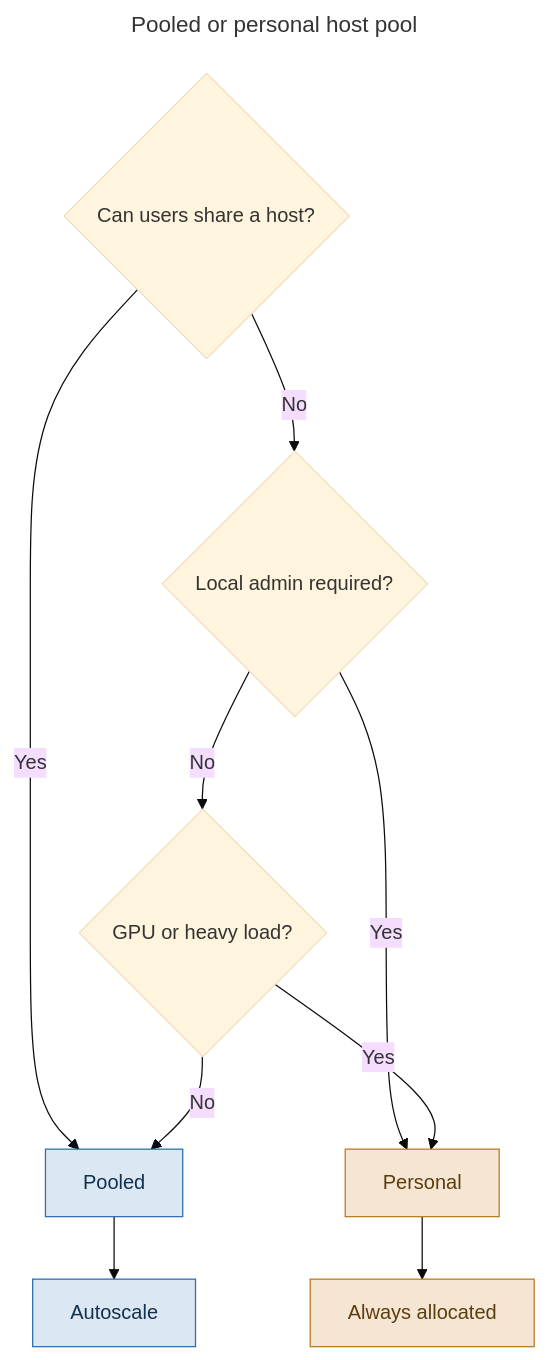
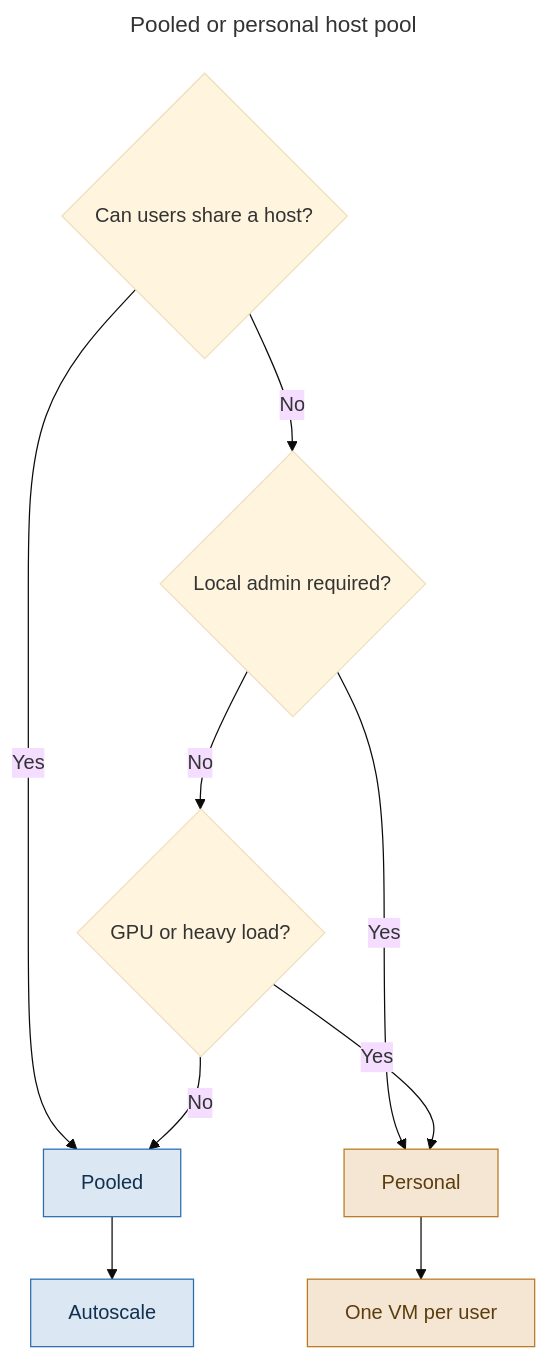
Before and after one commit to AddySidd27/azure-virtual-desktop-architect: the first of 2 diagrams in chapters/ch15-host-pool-design-decisions.md, drawn with Mermaid (base theme). The commit also changed other lines of this file and 5 other files, not shown here.

````diff
--- a/chapters/ch15-host-pool-design-decisions.md
+++ b/chapters/ch15-host-pool-design-decisions.md
@@ -44,24 +44,24 @@
 ```mermaid
 ---
 title: Pooled or personal host pool
 ---
 flowchart TB
     Q1{"Can users share a host?"}
     Q2{"Local admin required?"}
     Q3{"GPU or heavy load?"}
 
     Q1 -->|"Yes"| POOL["Pooled"]
     Q1 -->|"No"| Q2
     Q2 -->|"Yes"| PERS["Personal"]
     Q2 -->|"No"| Q3
     Q3 -->|"Yes"| PERS
     Q3 -->|"No"| POOL
 
     POOL --> C1["Autoscale"]
-    PERS --> C2["Always allocated"]
+    PERS --> C2["One VM per user"]
 
     classDef ok fill:#dbe7f3,stroke:#2b6cb0,color:#12304f
     classDef warn fill:#f5e6d3,stroke:#b7791f,color:#5c3d0d
     class POOL,C1 ok
     class PERS,C2 warn
 ```
````
